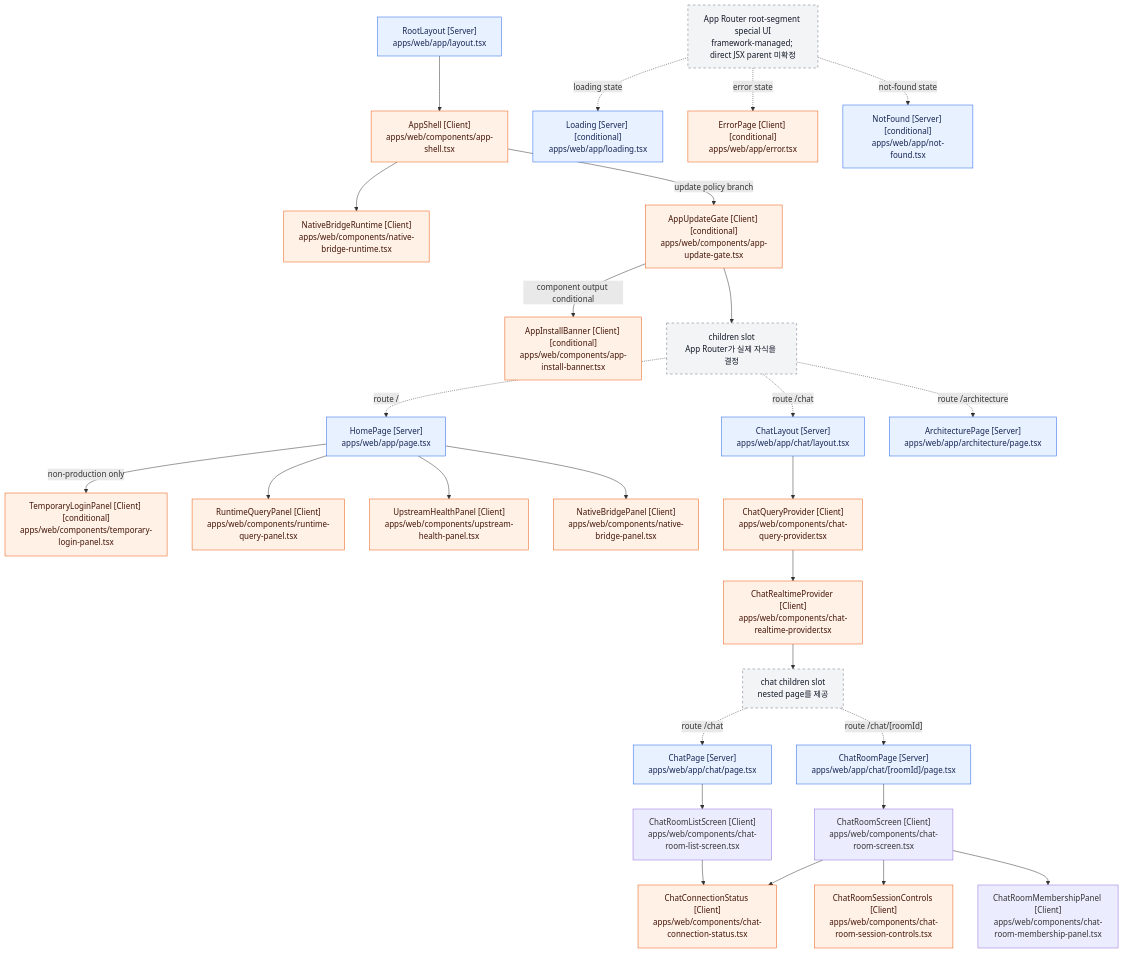
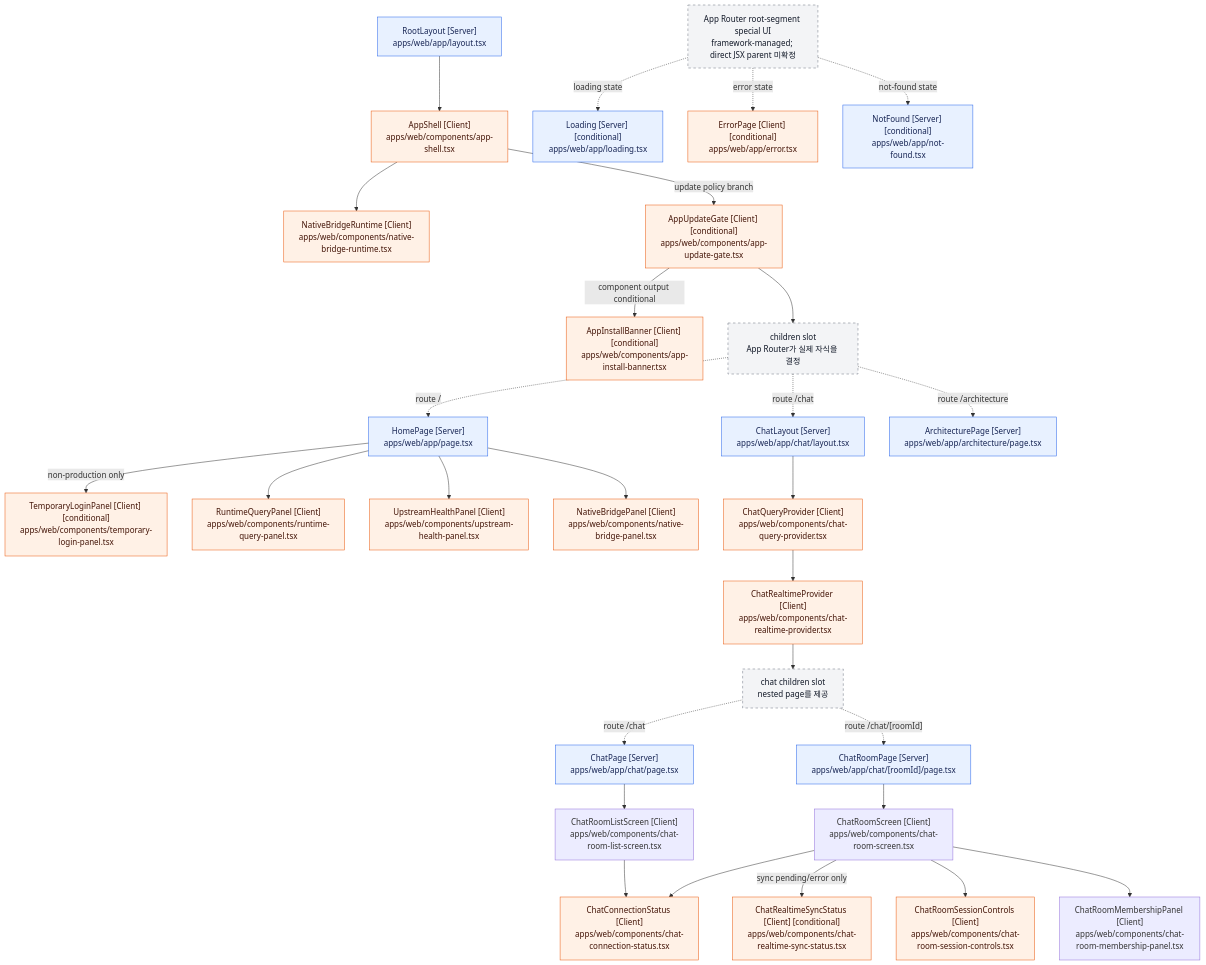
Before and after one commit to mokpombc17-coder/CIVIC-AI: the diagram in docs/architecture/react-component-tree.md, drawn with Mermaid. The commit also changed other lines of this file and 13 other files, not shown here.

Commit message:
feat(web): handle chat realtime recovery states

````diff
--- a/docs/architecture/react-component-tree.md
+++ b/docs/architecture/react-component-tree.md
@@ -112,73 +115,75 @@
 ```mermaid
 flowchart TD
     RootLayout["RootLayout [Server]<br/>apps/web/app/layout.tsx"]
     AppShell["AppShell [Client]<br/>apps/web/components/app-shell.tsx"]
     NativeBridgeRuntime["NativeBridgeRuntime [Client]<br/>apps/web/components/native-bridge-runtime.tsx"]
     AppUpdateGate["AppUpdateGate [Client] [conditional]<br/>apps/web/components/app-update-gate.tsx"]
     AppInstallBanner["AppInstallBanner [Client] [conditional]<br/>apps/web/components/app-install-banner.tsx"]
     ChildrenSlot["children slot<br/>App Router가 실제 자식을 결정"]
 
     HomePage["HomePage [Server]<br/>apps/web/app/page.tsx"]
     TemporaryLoginPanel["TemporaryLoginPanel [Client] [conditional]<br/>apps/web/components/temporary-login-panel.tsx"]
     RuntimeQueryPanel["RuntimeQueryPanel [Client]<br/>apps/web/components/runtime-query-panel.tsx"]
     UpstreamHealthPanel["UpstreamHealthPanel [Client]<br/>apps/web/components/upstream-health-panel.tsx"]
     NativeBridgePanel["NativeBridgePanel [Client]<br/>apps/web/components/native-bridge-panel.tsx"]
 
     ChatLayout["ChatLayout [Server]<br/>apps/web/app/chat/layout.tsx"]
     ChatQueryProvider["ChatQueryProvider [Client]<br/>apps/web/components/chat-query-provider.tsx"]
     ChatRealtimeProvider["ChatRealtimeProvider [Client]<br/>apps/web/components/chat-realtime-provider.tsx"]
     ChatChildrenSlot["chat children slot<br/>nested page를 제공"]
     ChatPage["ChatPage [Server]<br/>apps/web/app/chat/page.tsx"]
     ChatRoomListScreen["ChatRoomListScreen [Client]<br/>apps/web/components/chat-room-list-screen.tsx"]
     ChatRoomPage["ChatRoomPage [Server]<br/>apps/web/app/chat/[roomId]/page.tsx"]
     ChatRoomScreen["ChatRoomScreen [Client]<br/>apps/web/components/chat-room-screen.tsx"]
     ChatRoomMembershipPanel["ChatRoomMembershipPanel [Client]<br/>apps/web/components/chat-room-membership-panel.tsx"]
     ChatConnectionStatus["ChatConnectionStatus [Client]<br/>apps/web/components/chat-connection-status.tsx"]
+    ChatRealtimeSyncStatus["ChatRealtimeSyncStatus [Client] [conditional]<br/>apps/web/components/chat-realtime-sync-status.tsx"]
     ChatRoomSessionControls["ChatRoomSessionControls [Client]<br/>apps/web/components/chat-room-session-controls.tsx"]
 
     ArchitecturePage["ArchitecturePage [Server]<br/>apps/web/app/architecture/page.tsx"]
 
     SpecialBoundary["App Router root-segment special UI<br/>framework-managed; direct JSX parent 미확정"]
     Loading["Loading [Server] [conditional]<br/>apps/web/app/loading.tsx"]
     ErrorPage["ErrorPage [Client] [conditional]<br/>apps/web/app/error.tsx"]
     NotFound["NotFound [Server] [conditional]<br/>apps/web/app/not-found.tsx"]
 
     RootLayout --> AppShell
     AppShell --> NativeBridgeRuntime
     AppShell -->|"update policy branch"| AppUpdateGate
     AppUpdateGate -->|"component output conditional"| AppInstallBanner
     AppUpdateGate --> ChildrenSlot
 
     ChildrenSlot -. "route /" .-> HomePage
     HomePage -->|"non-production only"| TemporaryLoginPanel
     HomePage --> RuntimeQueryPanel
     HomePage --> UpstreamHealthPanel
     HomePage --> NativeBridgePanel
 
     ChildrenSlot -. "route /chat" .-> ChatLayout
     ChatLayout --> ChatQueryProvider
     ChatQueryProvider --> ChatRealtimeProvider
     ChatRealtimeProvider --> ChatChildrenSlot
     ChatChildrenSlot -. "route /chat" .-> ChatPage
     ChatChildrenSlot -. "route /chat/[roomId]" .-> ChatRoomPage
     ChatPage --> ChatRoomListScreen
     ChatRoomListScreen --> ChatConnectionStatus
     ChatRoomPage --> ChatRoomScreen
     ChatRoomScreen --> ChatConnectionStatus
+    ChatRoomScreen -->|"sync pending/error only"| ChatRealtimeSyncStatus
     ChatRoomScreen --> ChatRoomSessionControls
     ChatRoomScreen --> ChatRoomMembershipPanel
 
     ChildrenSlot -. "route /architecture" .-> ArchitecturePage
 
     SpecialBoundary -. "loading state" .-> Loading
     SpecialBoundary -. "error state" .-> ErrorPage
     SpecialBoundary -. "not-found state" .-> NotFound
 
     classDef server fill:#e8f1ff,stroke:#2563eb,color:#172554;
     classDef client fill:#fff1e6,stroke:#ea580c,color:#431407;
     classDef framework fill:#f3f4f6,stroke:#6b7280,color:#111827,stroke-dasharray:5 5;
 
     class RootLayout,HomePage,ChatLayout,ChatPage,ChatRoomPage,ArchitecturePage,Loading,NotFound server;
-    class AppShell,NativeBridgeRuntime,AppUpdateGate,AppInstallBanner,TemporaryLoginPanel,RuntimeQueryPanel,UpstreamHealthPanel,NativeBridgePanel,ChatQueryProvider,ChatRealtimeProvider,ChatConnectionStatus,ChatRoomSessionControls,ErrorPage client;
+    class AppShell,NativeBridgeRuntime,AppUpdateGate,AppInstallBanner,TemporaryLoginPanel,RuntimeQueryPanel,UpstreamHealthPanel,NativeBridgePanel,ChatQueryProvider,ChatRealtimeProvider,ChatConnectionStatus,ChatRealtimeSyncStatus,ChatRoomSessionControls,ErrorPage client;
     class ChildrenSlot,ChatChildrenSlot,SpecialBoundary framework;
 ```
````
